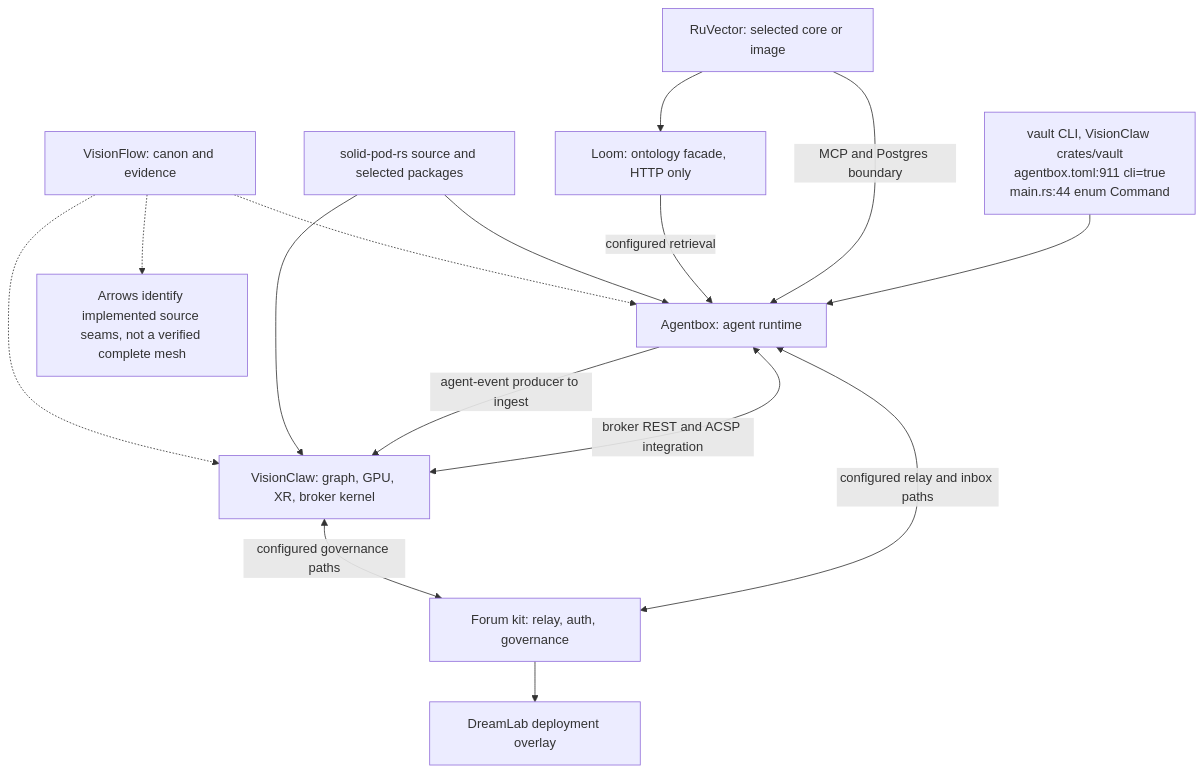
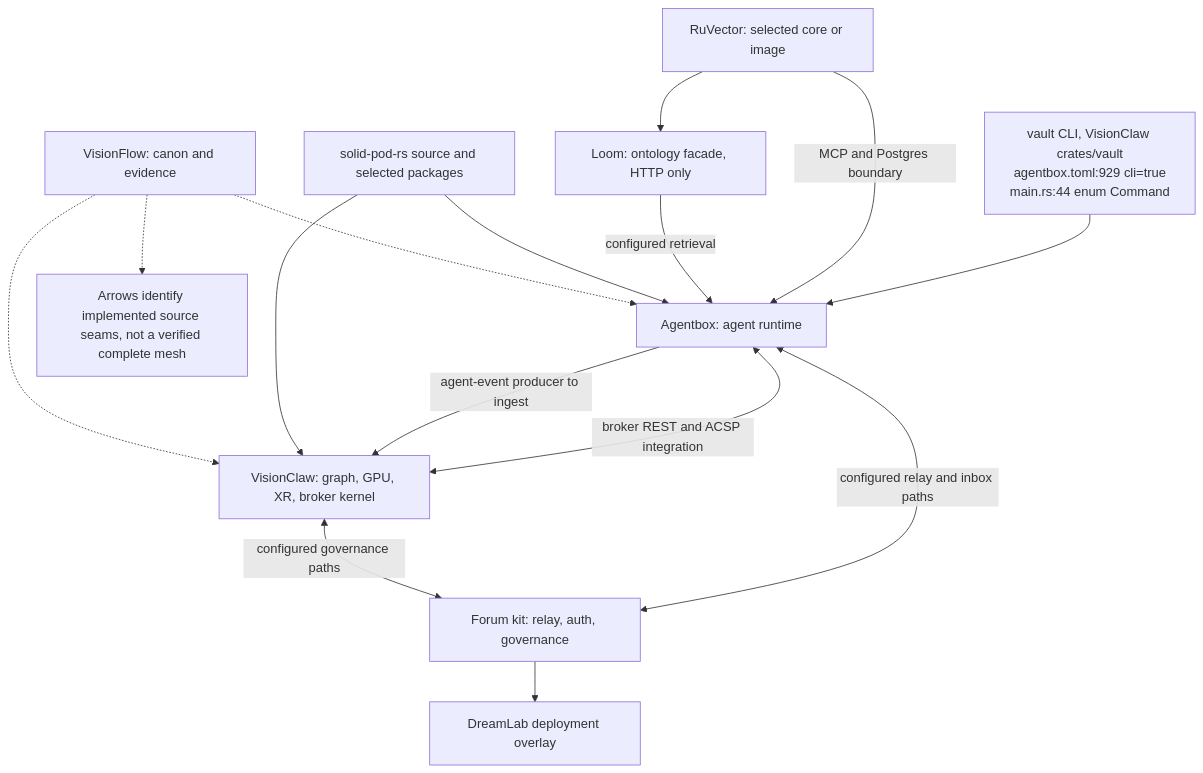
Before and after one commit to DreamLab-AI/VisionFlow: the first of 6 diagrams in docs/diagrams/visionflow/08-compatibility-and-dependency-direction.md, drawn with Mermaid. The commit also changed other lines of this file and 111 other files, not shown here.

Commit message:
docs(diagrams): align estate maps with current source

````diff
--- a/docs/diagrams/visionflow/08-compatibility-and-dependency-direction.md
+++ b/docs/diagrams/visionflow/08-compatibility-and-dependency-direction.md
@@ -37,18 +37,18 @@
 ```mermaid
 flowchart TB
     VF["VisionFlow: canon and evidence"] -.-> VC["VisionClaw: graph, GPU, XR, broker kernel"]
     VF -.-> AB["Agentbox: agent runtime"]
     SPR["solid-pod-rs source and selected packages"] --> VC
     SPR --> AB
     NRF["Forum kit: relay, auth, governance"] --> DLW["DreamLab deployment overlay"]
     AB -->|agent-event producer to ingest| VC
     AB <-->|broker REST and ACSP integration| VC
     VC <-->|configured governance paths| NRF
     AB <-->|configured relay and inbox paths| NRF
     LOOM["Loom: ontology facade, HTTP only"] -->|configured retrieval| AB
     RV["RuVector: selected core or image"] --> LOOM
     RV -->|MCP and Postgres boundary| AB
-    VAULT["vault CLI, VisionClaw crates/vault<br/>agentbox.toml:911 cli=true<br/>main.rs:44 enum Command"] --> AB
+    VAULT["vault CLI, VisionClaw crates/vault<br/>agentbox.toml:929 cli=true<br/>main.rs:44 enum Command"] --> AB
     SCOPE["Arrows identify implemented source seams, not a verified complete mesh"]
     VF -.-> SCOPE
 ```
````
